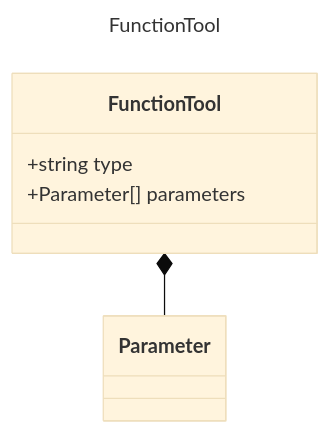
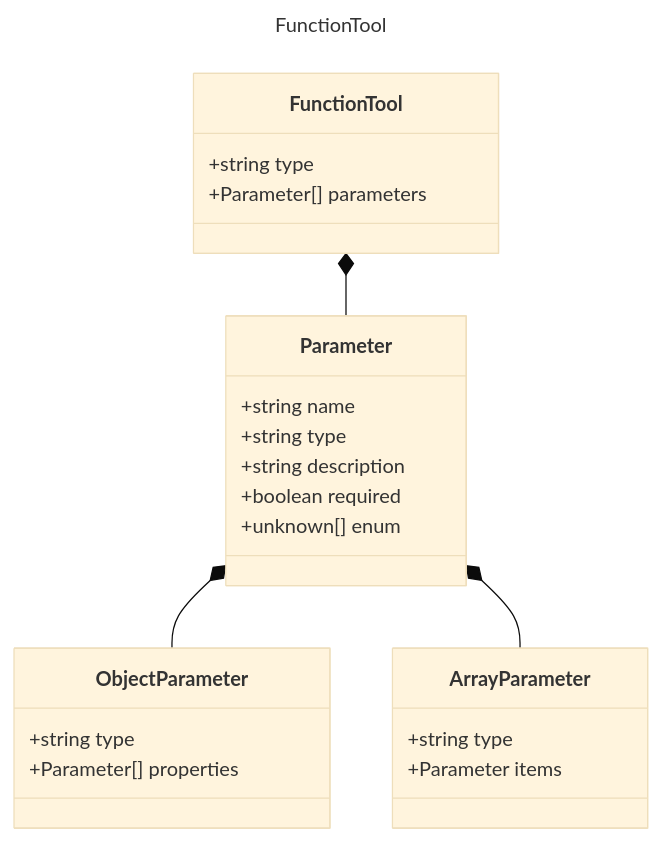
The diagram in specification/prompty/docs/FunctionTool.md (microsoft/prompty), drawn with Mermaid (base theme) before and after one commit. The commit also changed 14 other files, not shown here.

````diff
--- a/specification/prompty/docs/FunctionTool.md
+++ b/specification/prompty/docs/FunctionTool.md
@@ -7,11 +7,28 @@
 ```mermaid
 ---
 title: FunctionTool
 ---
 classDiagram
+    class Parameter {
+        +string name
+        +string type
+        +string description
+        +boolean required
+        +unknown[] enum
+    }
+    class ArrayParameter {
+        +string type
+        +Parameter items
+    }
+    class ObjectParameter {
+        +string type
+        +Parameter[] properties
+    }
     class FunctionTool {
         +string type
         +Parameter[] parameters
     }
     FunctionTool *-- Parameter
+    Parameter *-- ObjectParameter
+    Parameter *-- ArrayParameter
 ```
````
